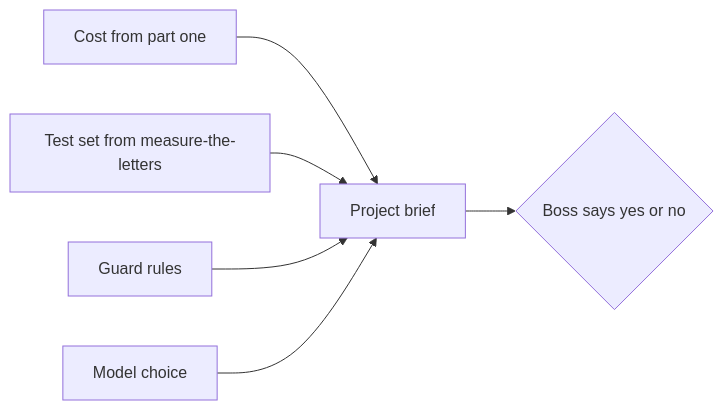
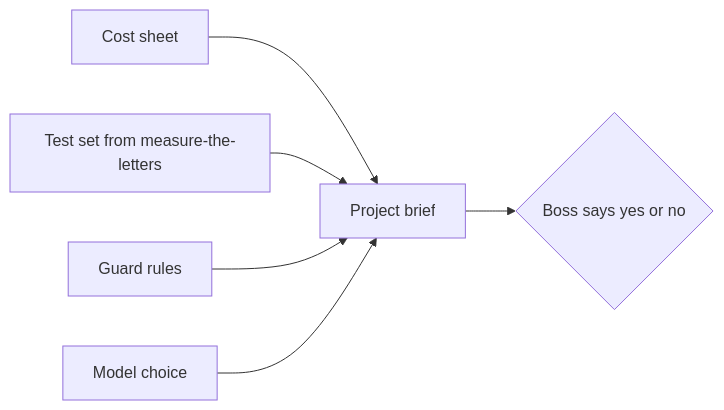
The diagram in parts/07-choose-and-argue/03-write-the-project-brief/problem/README.md (learnwithparam/ai-engineering-for-everyone), drawn with Mermaid before and after one commit. The commit also changed other lines of this file and 7 other files, not shown here.

````diff
--- a/parts/07-choose-and-argue/03-write-the-project-brief/problem/README.md
+++ b/parts/07-choose-and-argue/03-write-the-project-brief/problem/README.md
@@ -10,8 +10,8 @@
 ```mermaid
 flowchart LR
-  C[Cost from part one] --> B[Project brief]
+  C[Cost sheet] --> B[Project brief]
   T[Test set from measure-the-letters] --> B
   G[Guard rules] --> B
   M[Model choice] --> B
   B --> Y{Boss says yes or no}
 ```
````
